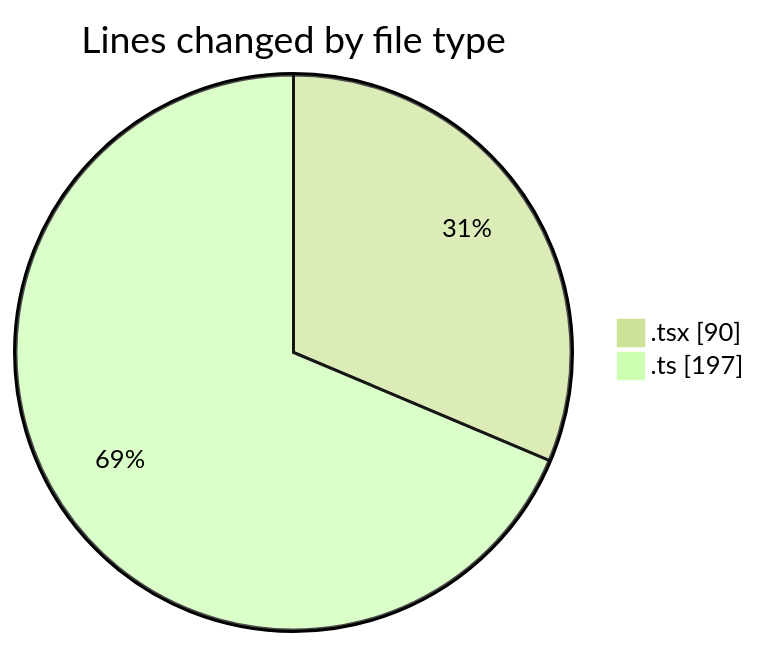
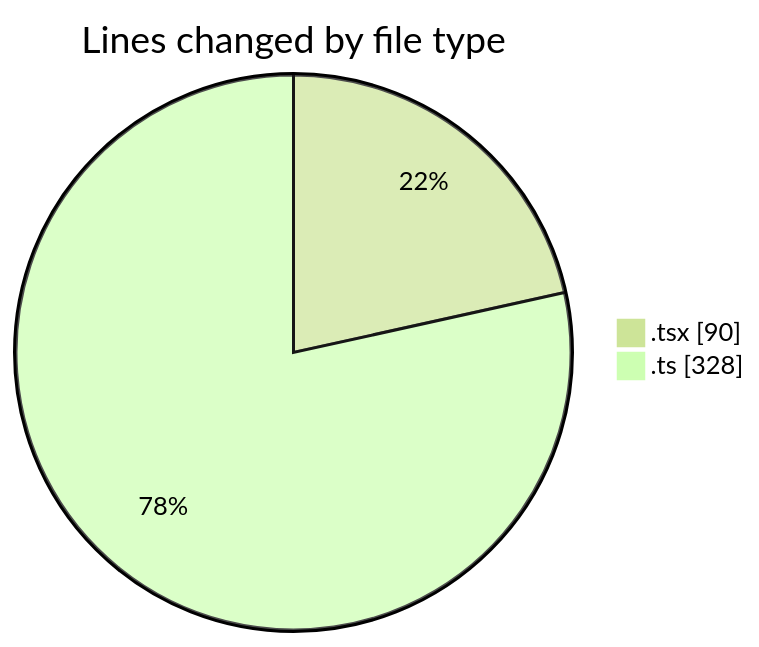
The first of 2 diagrams in 2025-03-10/audiobooks-web/README.md (robertbonfada/code-tracking), drawn with Mermaid (forest theme) before and after one commit. The commit also changed other lines of this file and 1 other file, not shown here.

````diff
--- a/2025-03-10/audiobooks-web/README.md
+++ b/2025-03-10/audiobooks-web/README.md
@@ -25,6 +25,6 @@
 ```mermaid
 pie showData
 title Lines changed by file type
 ".tsx" : 90
-".ts" : 197
+".ts" : 328
 ```
````
